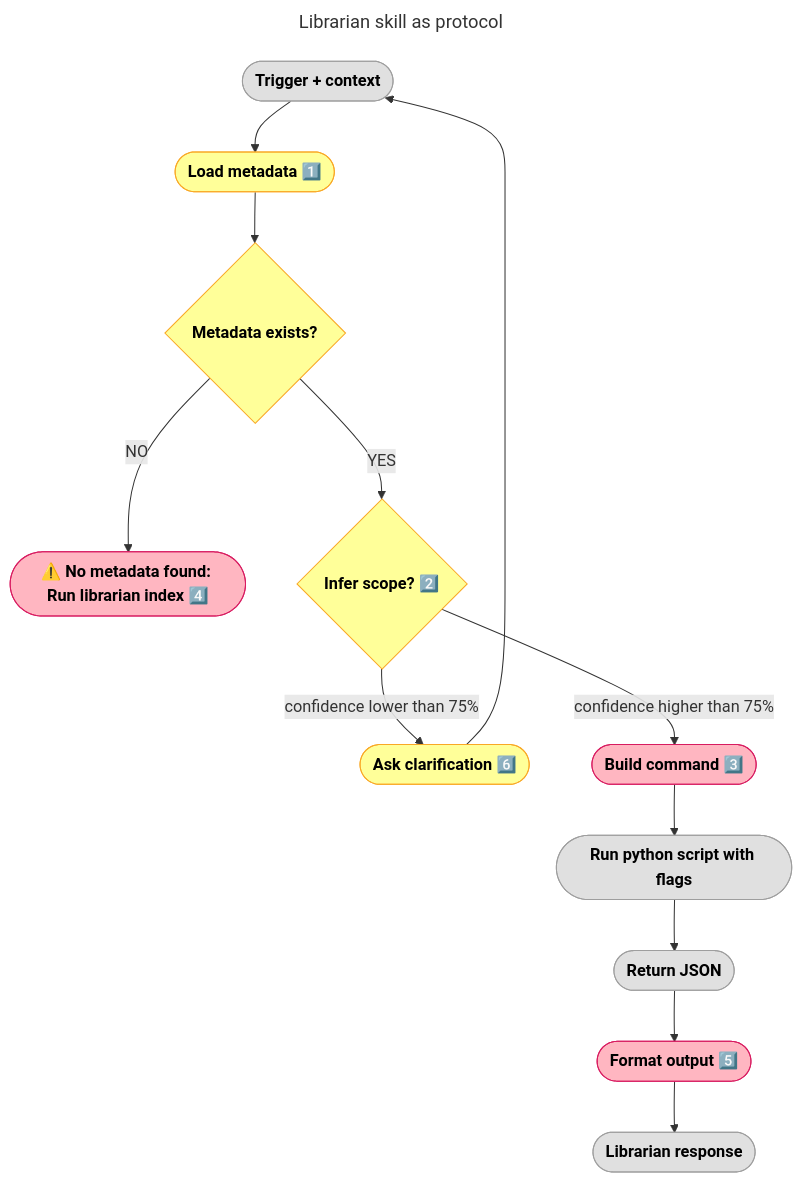
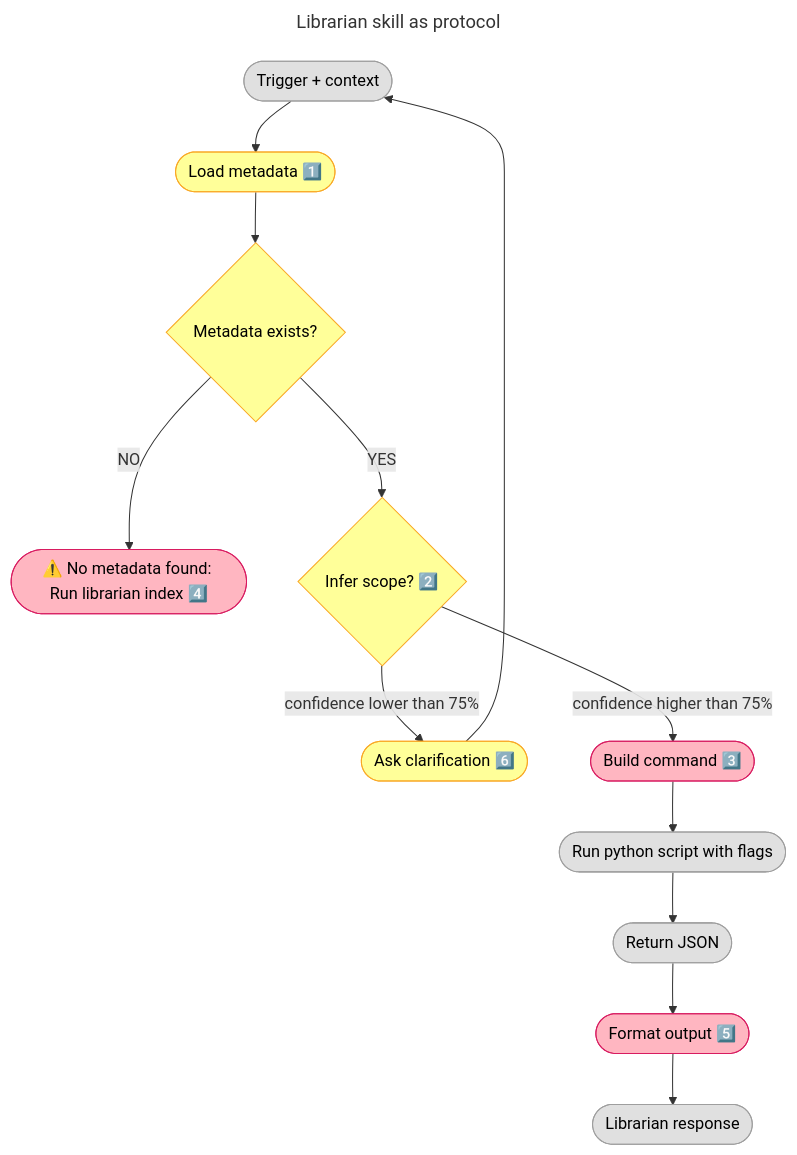
One commit to nonlinear/librarian changed the diagram in backstage/epic-notes/v0.15.0-skill-protocol.md. Above: the diagram before and after it, drawn with Mermaid.

Commit message:
arch: Remove bold from diagram nodes (H2 only)

````diff
--- a/backstage/epic-notes/v0.15.0-skill-protocol.md
+++ b/backstage/epic-notes/v0.15.0-skill-protocol.md
@@ -1,33 +1,33 @@
 ```mermaid
 ---
 title: Librarian skill as protocol
 ---
 flowchart TD
     TRIGGER(["Trigger + context"])
     TRIGGER --> METADATA(["Load metadata 1️⃣"])
     METADATA --> CHECK{"Metadata exists?"}
     CHECK -->|NO| ERROR(["⚠️ No metadata found: Run librarian index 4️⃣"])
     CHECK -->|YES| INFER{"Infer scope? 2️⃣"}
     
     INFER -->|"confidence lower than 75%"| CLARIFY(["Ask clarification 6️⃣"])
     CLARIFY --> TRIGGER
     
     INFER -->|"confidence higher than 75%"| BUILD(["Build command 3️⃣"])
     
     BUILD --> EXEC(["Run python script with flags"])
     EXEC --> JSON(["Return JSON"])
     JSON --> FORMAT(["Format output 5️⃣"])
     FORMAT --> RESPONSE(["Librarian response"])
     
-    style TRIGGER fill:#E0E0E0,stroke:#9E9E9E,color:#000,font-weight:bold
-    style METADATA fill:#FFFF99,stroke:#F9A825,color:#000,font-weight:bold
-    style INFER fill:#FFFF99,stroke:#F9A825,color:#000,font-weight:bold
-    style CLARIFY fill:#FFFF99,stroke:#F9A825,color:#000,font-weight:bold
-    style BUILD fill:#FFB6C1,stroke:#D81B60,color:#000,font-weight:bold
-    style EXEC fill:#E0E0E0,stroke:#9E9E9E,color:#000,font-weight:bold
-    style JSON fill:#E0E0E0,stroke:#9E9E9E,color:#000,font-weight:bold
-    style FORMAT fill:#FFB6C1,stroke:#D81B60,color:#000,font-weight:bold
-    style RESPONSE fill:#E0E0E0,stroke:#9E9E9E,color:#000,font-weight:bold
-    style CHECK fill:#FFFF99,stroke:#F9A825,color:#000,font-weight:bold
-    style ERROR fill:#FFB6C1,stroke:#D81B60,color:#000,font-weight:bold
+    style TRIGGER fill:#E0E0E0,stroke:#9E9E9E,color:#000
+    style METADATA fill:#FFFF99,stroke:#F9A825,color:#000
+    style INFER fill:#FFFF99,stroke:#F9A825,color:#000
+    style CLARIFY fill:#FFFF99,stroke:#F9A825,color:#000
+    style BUILD fill:#FFB6C1,stroke:#D81B60,color:#000
+    style EXEC fill:#E0E0E0,stroke:#9E9E9E,color:#000
+    style JSON fill:#E0E0E0,stroke:#9E9E9E,color:#000
+    style FORMAT fill:#FFB6C1,stroke:#D81B60,color:#000
+    style RESPONSE fill:#E0E0E0,stroke:#9E9E9E,color:#000
+    style CHECK fill:#FFFF99,stroke:#F9A825,color:#000
+    style ERROR fill:#FFB6C1,stroke:#D81B60,color:#000
 ```
````
